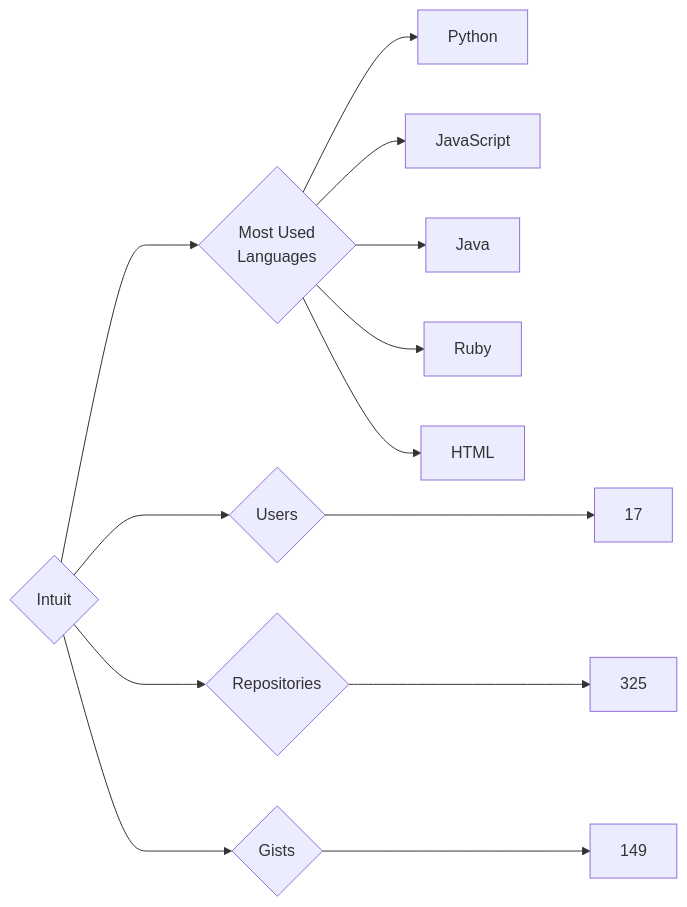
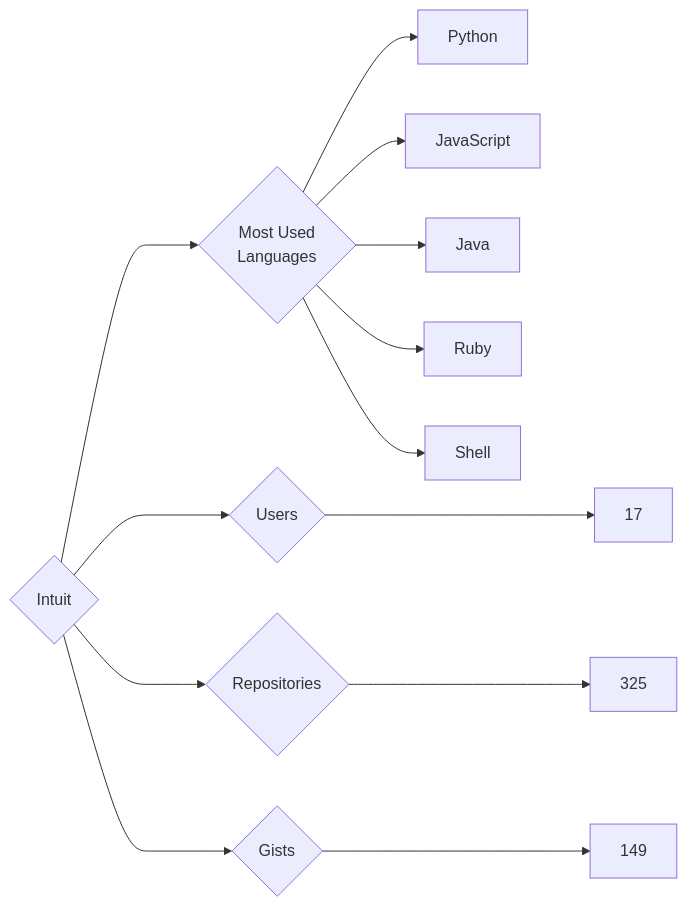
Before and after one commit to trickest/insiders: the diagram in targets/Intuit/README.md, drawn with Mermaid. The commit also changed 748 other files, not shown here.

````diff
--- a/targets/Intuit/README.md
+++ b/targets/Intuit/README.md
@@ -3,13 +3,13 @@
 ```mermaid
 graph LR
 COMPANY_NAME{Intuit}
 COMPANY_NAME ---> U{Users} ---> UN[17]
 COMPANY_NAME ---> R{Repositories} ---> RN[325]
 COMPANY_NAME ---> G{Gists} ---> GN[149]
 COMPANY_NAME ---> ML{Most Used<br>Languages}
 ML --> Python[Python]
 ML --> JavaScript[JavaScript]
 ML --> Java[Java]
 ML --> Ruby[Ruby]
-ML --> HTML[HTML]
+ML --> Shell[Shell]
 ```
````
